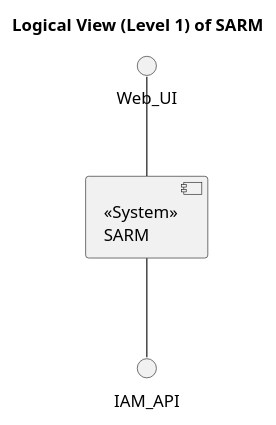
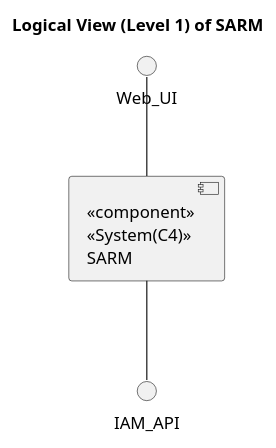
The diagram in Docs/SprintA/global_artifacts/level1/logicalView.puml (Saquinho74/LAPR5), drawn with PlantUML before and after one commit. The commit also changed 3 other files, not shown here.

```diff
--- a/Docs/SprintA/global_artifacts/level1/logicalView.puml
+++ b/Docs/SprintA/global_artifacts/level1/logicalView.puml
@@ -1,9 +1,9 @@
 @startuml
 
 title "Logical View (Level 1) of SARM"
 
 
-  IAM_API -up- [<<System>>\nSARM] 
-  Web_UI -down- [<<System>>\nSARM] 
+  IAM_API -up- [<<component>>\n<<System(C4)>>\nSARM]
+  Web_UI -down- [<<component>>\n<<System(C4)>>\nSARM]
 
 @enduml
```
